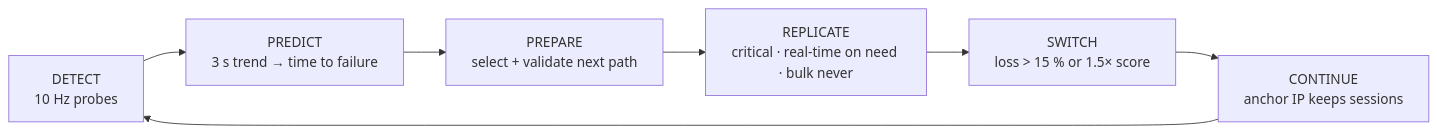
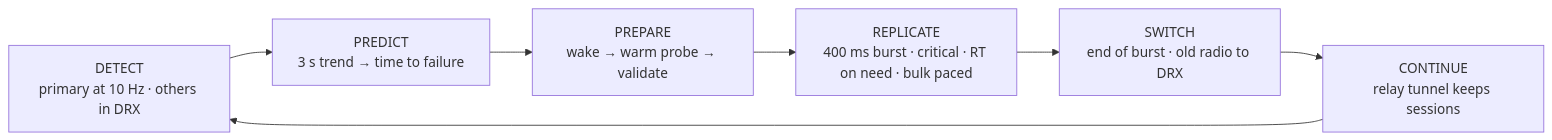
Before and after one commit to FuadAhamed91/FlexiPath: the first of 2 diagrams in README.md, drawn with Mermaid. The commit also changed other lines of this file and 33 other files, not shown here.

````diff
--- a/README.md
+++ b/README.md
@@ -62,9 +100,9 @@
 ```mermaid
 flowchart LR
-  D[DETECT<br/>10 Hz probes] --> P[PREDICT<br/>3 s trend → time to failure]
-  P --> R[PREPARE<br/>select + validate next path]
-  R --> X[REPLICATE<br/>critical · real-time on need · bulk never]
-  X --> S[SWITCH<br/>loss > 15 % or 1.5× score]
-  S --> C[CONTINUE<br/>anchor IP keeps sessions]
+  D[DETECT<br/>primary at 10 Hz · others in DRX] --> P[PREDICT<br/>3 s trend → time to failure]
+  P --> R[PREPARE<br/>wake → warm probe → validate]
+  R --> X[REPLICATE<br/>400 ms burst · critical · RT on need · bulk paced]
+  X --> S[SWITCH<br/>end of burst · old radio to DRX]
+  S --> C[CONTINUE<br/>relay tunnel keeps sessions]
   C --> D
 ```
````
